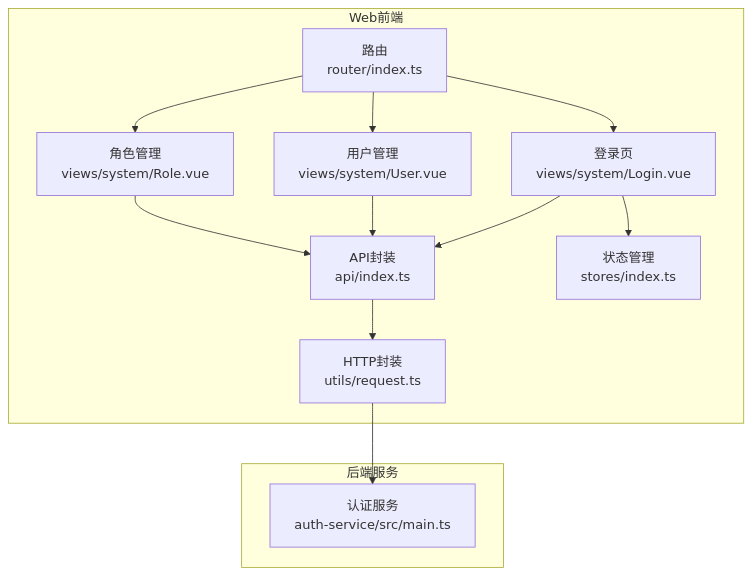
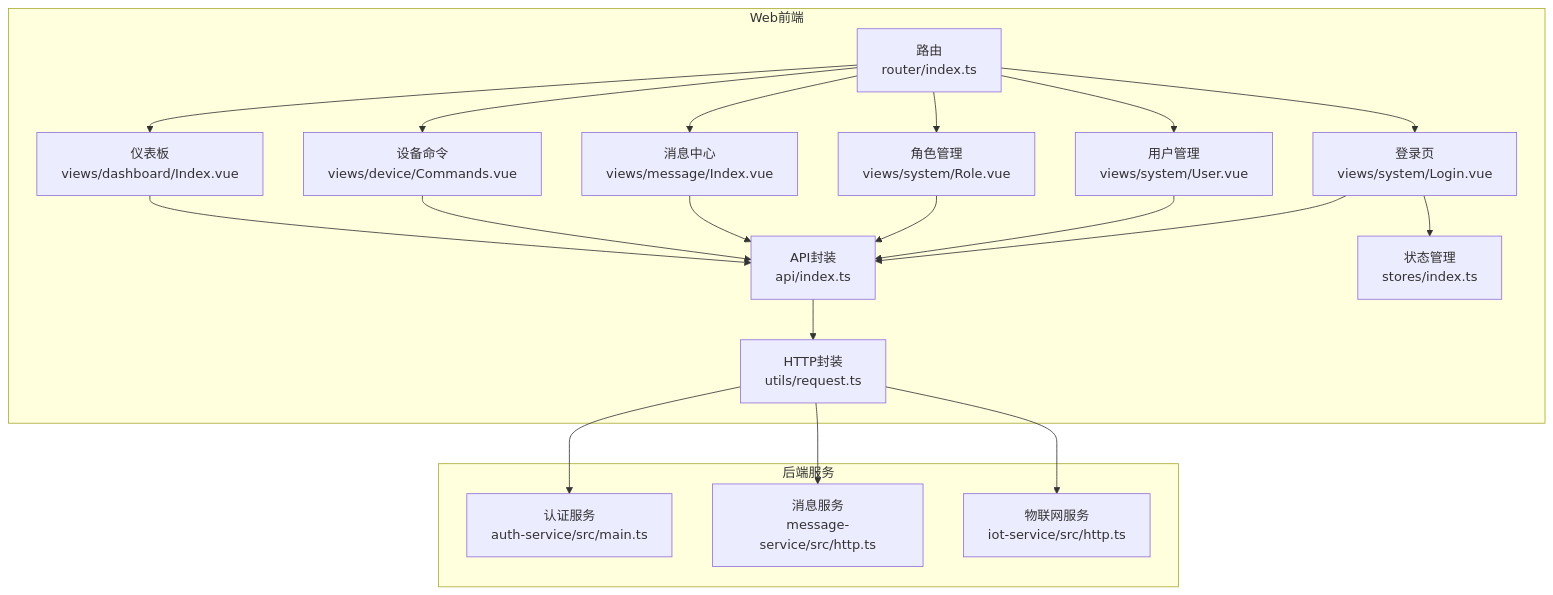
The first of 12 diagrams in .qoder/repowiki/zh/content/前端应用文档/核心页面/系统管理页面/系统管理页面.md (q446328246/agri-platform), drawn with Mermaid before and after one commit. The commit also changed other lines of this file and 84 other files, not shown here.

````diff
--- a/.qoder/repowiki/zh/content/前端应用文档/核心页面/系统管理页面/系统管理页面.md
+++ b/.qoder/repowiki/zh/content/前端应用文档/核心页面/系统管理页面/系统管理页面.md
@@ -43,24 +58,37 @@
 ```mermaid
 graph TB
 subgraph "Web前端"
 R["路由<br/>router/index.ts"]
 V1["登录页<br/>views/system/Login.vue"]
 V2["用户管理<br/>views/system/User.vue"]
 V3["角色管理<br/>views/system/Role.vue"]
+V4["消息中心<br/>views/message/Index.vue"]
+V5["设备命令<br/>views/device/Commands.vue"]
+V6["仪表板<br/>views/dashboard/Index.vue"]
 A["API封装<br/>api/index.ts"]
 S["状态管理<br/>stores/index.ts"]
 H["HTTP封装<br/>utils/request.ts"]
 end
 subgraph "后端服务"
 AS["认证服务<br/>auth-service/src/main.ts"]
+MS["消息服务<br/>message-service/src/http.ts"]
+IS["物联网服务<br/>iot-service/src/http.ts"]
 end
 R --> V1
 R --> V2
 R --> V3
+R --> V4
+R --> V5
+R --> V6
 V1 --> A
 V2 --> A
 V3 --> A
+V4 --> A
+V5 --> A
+V6 --> A
 A --> H
 V1 --> S
 H --> AS
+H --> MS
+H --> IS
 ```
````
